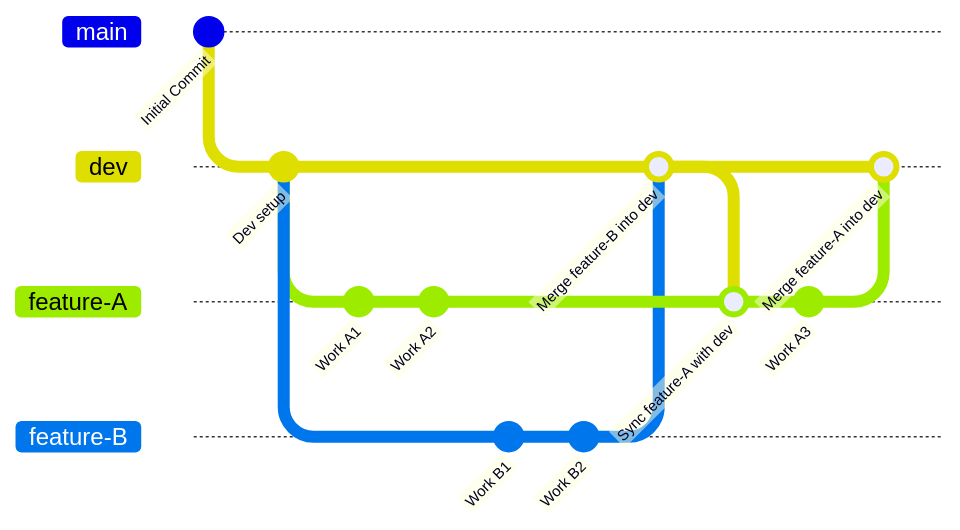
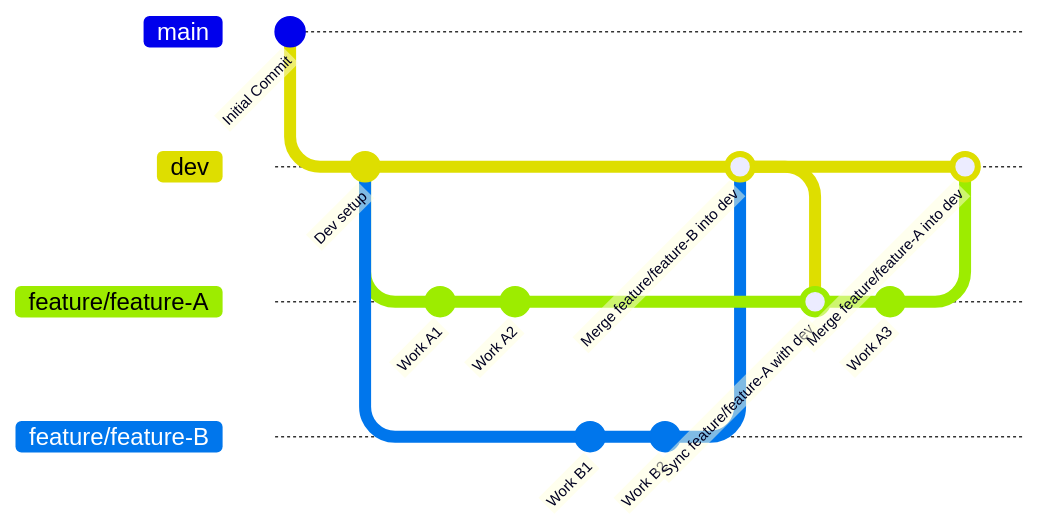
Before and after one commit to satyapriyas4u/Regulatory: the diagram in GIT_WORKFLOW.md, drawn with Mermaid. The commit also changed other lines of this file and 8 other files, not shown here.

````diff
--- a/GIT_WORKFLOW.md
+++ b/GIT_WORKFLOW.md
@@ -15,28 +23,28 @@
 ```mermaid
 gitGraph
    commit id: "Initial Commit"
    branch dev
    checkout dev
    commit id: "Dev setup"
 
-   branch feature-A
-   checkout feature-A
+   branch feature/feature-A
+   checkout feature/feature-A
    commit id: "Work A1"
    commit id: "Work A2"
 
    checkout dev
-   branch feature-B
-   checkout feature-B
+   branch feature/feature-B
+   checkout feature/feature-B
    commit id: "Work B1"
    commit id: "Work B2"
 
    checkout dev
-   merge feature-B id: "Merge feature-B into dev"
+   merge feature/feature-B id: "Merge feature/feature-B into dev"
 
-   checkout feature-A
-   merge dev id: "Sync feature-A with dev"
+   checkout feature/feature-A
+   merge dev id: "Sync feature/feature-A with dev"
    commit id: "Work A3"
 
    checkout dev
-   merge feature-A id: "Merge feature-A into dev"
+   merge feature/feature-A id: "Merge feature/feature-A into dev"
 ```
````
